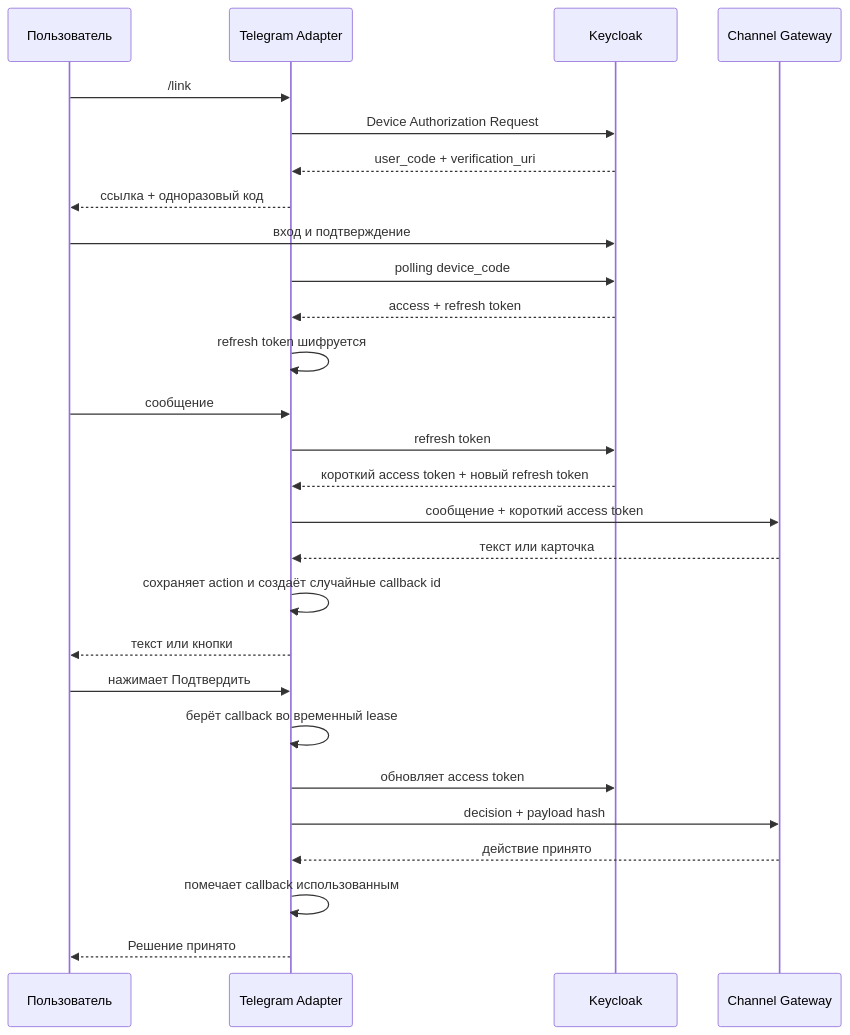
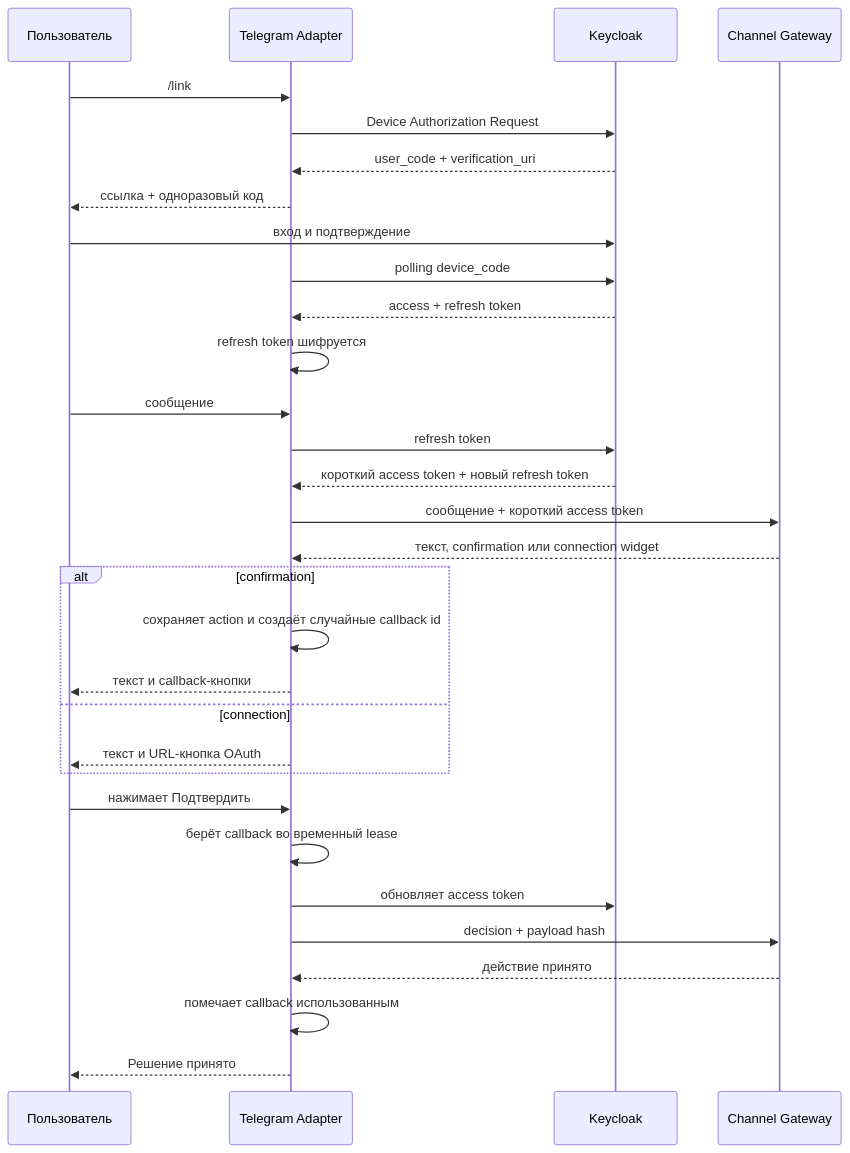
One commit to portable-agent/telegram-adapter changed the diagram in docs/architecture.md. Above: the diagram before and after it, drawn with Mermaid. The commit also changed other lines of this file and 17 other files, not shown here.

````diff
--- a/docs/architecture.md
+++ b/docs/architecture.md
@@ -3,30 +3,34 @@
 ```mermaid
 sequenceDiagram
     participant User as Пользователь
     participant Bot as Telegram Adapter
     participant Id as Keycloak
     participant Edge as Channel Gateway
 
     User->>Bot: /link
     Bot->>Id: Device Authorization Request
     Id-->>Bot: user_code + verification_uri
     Bot-->>User: ссылка + одноразовый код
     User->>Id: вход и подтверждение
     Bot->>Id: polling device_code
     Id-->>Bot: access + refresh token
     Bot->>Bot: refresh token шифруется
     User->>Bot: сообщение
     Bot->>Id: refresh token
     Id-->>Bot: короткий access token + новый refresh token
     Bot->>Edge: сообщение + короткий access token
-    Edge-->>Bot: текст или карточка
-    Bot->>Bot: сохраняет action и создаёт случайные callback id
-    Bot-->>User: текст или кнопки
+    Edge-->>Bot: текст, confirmation или connection widget
+    alt confirmation
+        Bot->>Bot: сохраняет action и создаёт случайные callback id
+        Bot-->>User: текст и callback-кнопки
+    else connection
+        Bot-->>User: текст и URL-кнопка OAuth
+    end
     User->>Bot: нажимает Подтвердить
     Bot->>Bot: берёт callback во временный lease
     Bot->>Id: обновляет access token
     Bot->>Edge: decision + payload hash
     Edge-->>Bot: действие принято
     Bot->>Bot: помечает callback использованным
     Bot-->>User: Решение принято
 ```
````
